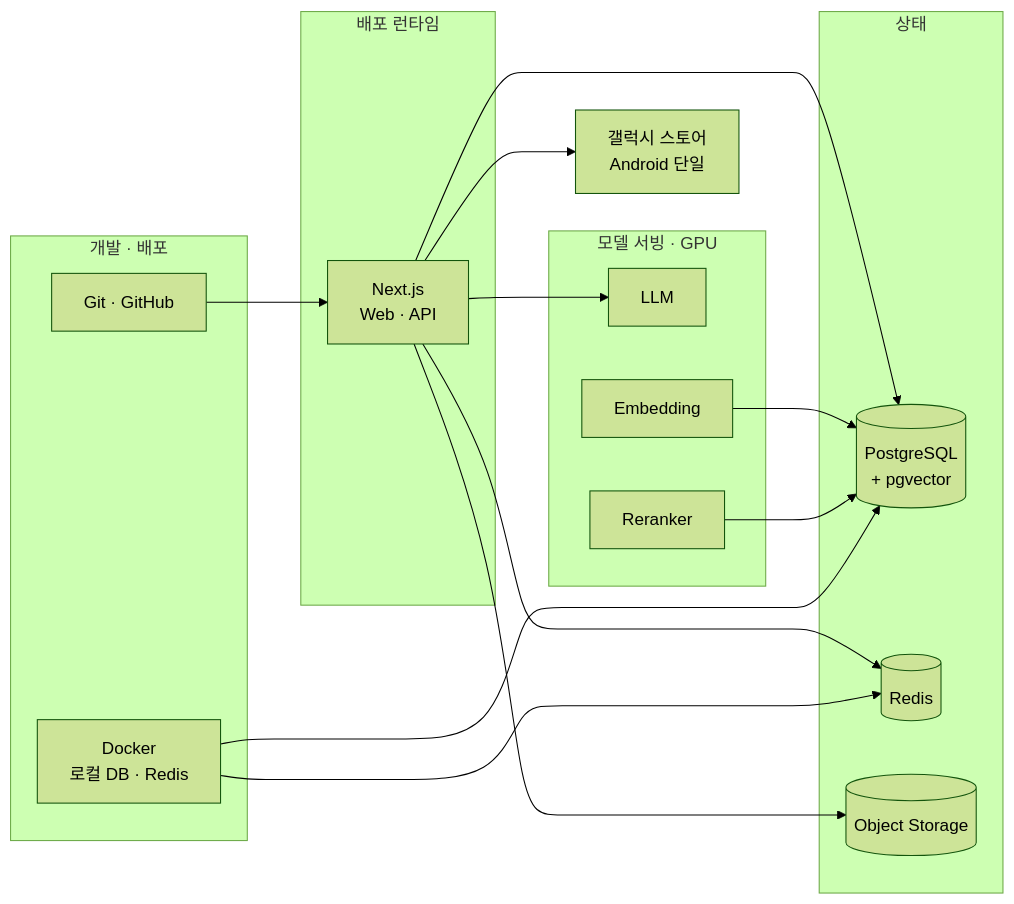
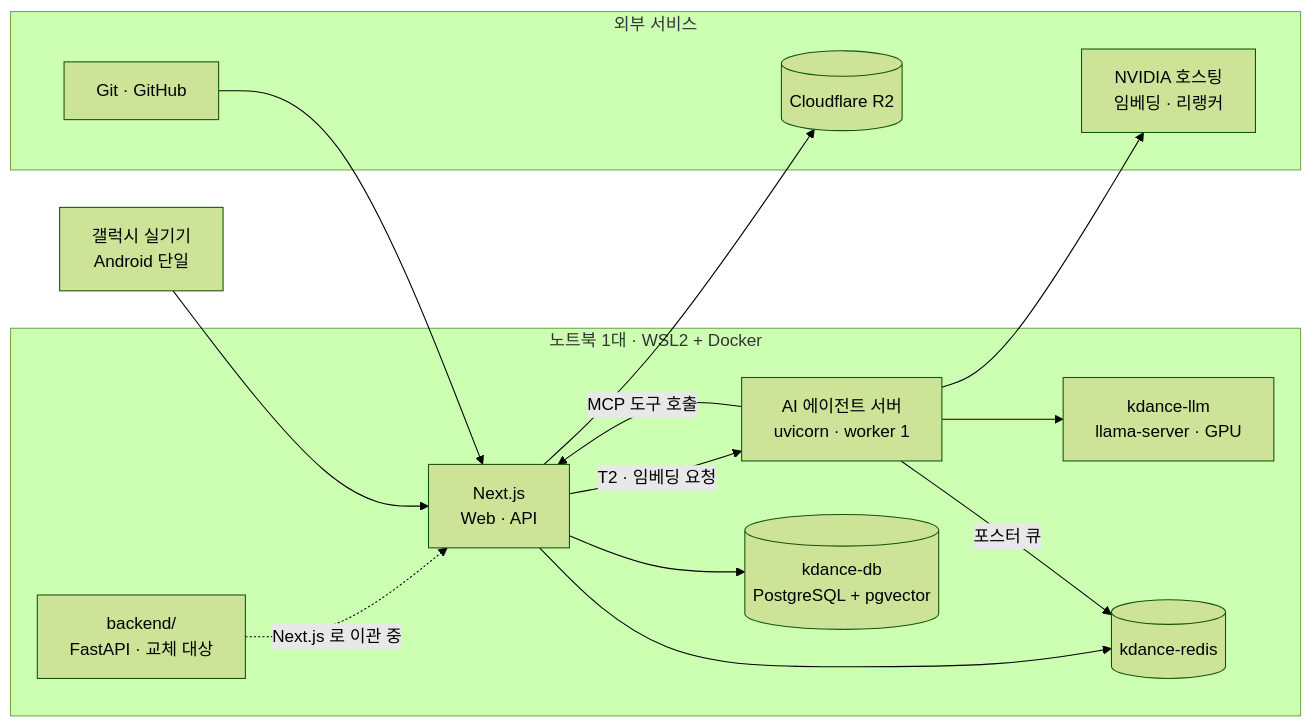
Before and after one commit to ChaeUngLim/kdancex4: the sixth of 13 diagrams in docs/kdancex4_service_definition_and_tech_stack.md, drawn with Mermaid (forest theme). The commit also changed other lines of this file and 2 other files, not shown here.

````diff
--- a/docs/kdancex4_service_definition_and_tech_stack.md
+++ b/docs/kdancex4_service_definition_and_tech_stack.md
@@ -1402,32 +1499,29 @@
 ```mermaid
 flowchart LR
-    subgraph EDGE["배포 런타임"]
+    subgraph LAPTOP["노트북 1대 · WSL2 + Docker"]
         NX["Next.js<br/>Web · API"]
+        AG["AI 에이전트 서버<br/>uvicorn · worker 1"]
+        LL["kdance-llm<br/>llama-server · GPU"]
+        PGX[("kdance-db<br/>PostgreSQL + pgvector")]
+        RDX[("kdance-redis")]
+        OLD["backend/<br/>FastAPI · 교체 대상"]
     end
-    subgraph STORE["상태"]
-        PGX[("PostgreSQL<br/>+ pgvector")]
-        RDX[("Redis")]
-        R2[("Object Storage")]
+    subgraph CLOUD["외부 서비스"]
+        NVX["NVIDIA 호스팅<br/>임베딩 · 리랭커"]
+        R2[("Cloudflare R2")]
+        GH["Git · GitHub"]
     end
-    subgraph GPU["모델 서빙 · GPU"]
-        M1["LLM"]
-        M2["Embedding"]
-        M3["Reranker"]
-    end
-    subgraph DEV["개발 · 배포"]
-        GH["Git · GitHub"]
-        DK["Docker<br/>로컬 DB · Redis"]
-    end
-    STORE_APP["갤럭시 스토어<br/>Android 단일"]
+    PHONE["갤럭시 실기기<br/>Android 단일"]
 
     NX --> PGX
     NX --> RDX
     NX --> R2
-    NX --> M1
-    M2 --> PGX
-    M3 --> PGX
+    NX -->|"T2 · 임베딩 요청"| AG
+    AG -->|"MCP 도구 호출"| NX
+    AG --> LL
+    AG --> NVX
+    AG -->|"포스터 큐"| RDX
+    OLD -.->|"Next.js 로 이관 중"| NX
+    PHONE --> NX
     GH --> NX
-    DK --> PGX
-    DK --> RDX
-    NX --> STORE_APP
 ```
````
